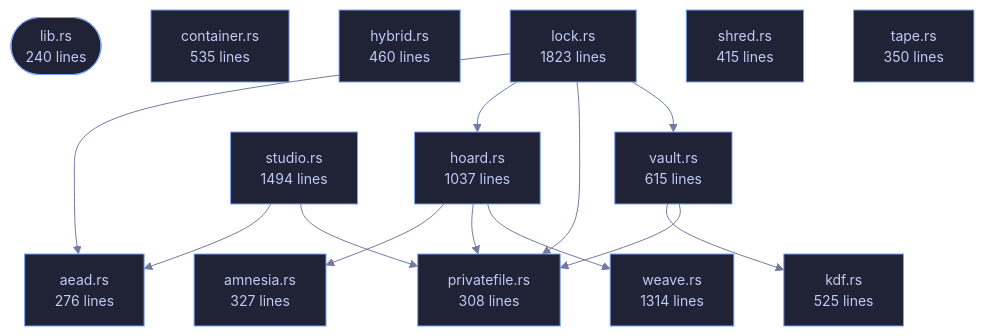
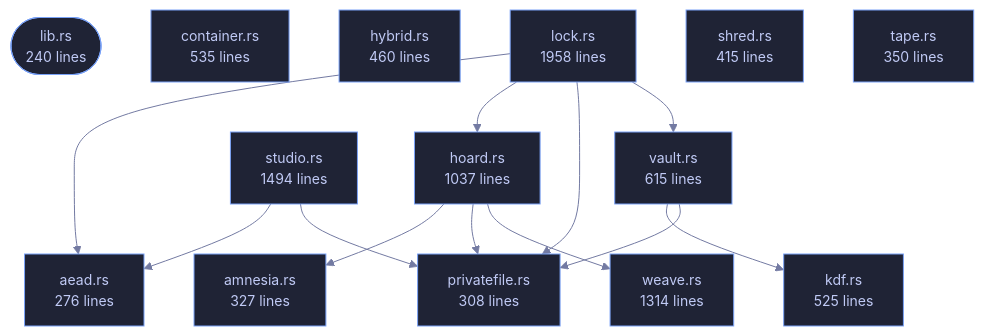
The diagram in crates/veilvoice-crypto/README.md (tilas01/veilvoice), drawn with Mermaid before and after one commit. The commit also changed other lines of this file and 59 other files, not shown here.

````diff
--- a/crates/veilvoice-crypto/README.md
+++ b/crates/veilvoice-crypto/README.md
@@ -108,43 +108,43 @@
 ```mermaid
 %%{init: {"theme":"base","themeVariables":{"background":"#1a1b26","primaryColor":"#1f2335","primaryTextColor":"#c0caf5","primaryBorderColor":"#7aa2f7","secondaryColor":"#16161e","tertiaryColor":"#16161e","lineColor":"#737aa2","textColor":"#c0caf5","mainBkg":"#1f2335","nodeBorder":"#7aa2f7","clusterBkg":"#16161e","clusterBorder":"#2f3549","fontFamily":"ui-monospace, SFMono-Regular, Consolas, monospace","fontSize":"14px"}}}%%
 flowchart TD
     n_lib(["lib.rs<br/>240 lines"])
     n_aead["aead.rs<br/>276 lines"]
     n_amnesia["amnesia.rs<br/>327 lines"]
     n_container["container.rs<br/>535 lines"]
     n_hoard["hoard.rs<br/>1037 lines"]
     n_hybrid["hybrid.rs<br/>460 lines"]
     n_kdf["kdf.rs<br/>525 lines"]
-    n_lock["lock.rs<br/>1823 lines"]
+    n_lock["lock.rs<br/>1958 lines"]
     n_privatefile["privatefile.rs<br/>308 lines"]
     n_shred["shred.rs<br/>415 lines"]
     n_studio["studio.rs<br/>1494 lines"]
     n_tape["tape.rs<br/>350 lines"]
     n_vault["vault.rs<br/>615 lines"]
     n_weave["weave.rs<br/>1314 lines"]
     n_hoard --> n_amnesia
     n_hoard --> n_privatefile
     n_hoard --> n_weave
     n_lock --> n_aead
     n_lock --> n_hoard
     n_lock --> n_privatefile
     n_lock --> n_vault
     n_studio --> n_aead
     n_studio --> n_privatefile
     n_vault --> n_kdf
     n_vault --> n_privatefile
     click n_lib href "https://github.com/tilas01/veilvoice/blob/main/crates/veilvoice-crypto/src/lib.rs" "open the source"
     click n_aead href "https://github.com/tilas01/veilvoice/blob/main/crates/veilvoice-crypto/src/aead.rs" "open the source"
     click n_amnesia href "https://github.com/tilas01/veilvoice/blob/main/crates/veilvoice-crypto/src/amnesia.rs" "open the source"
     click n_container href "https://github.com/tilas01/veilvoice/blob/main/crates/veilvoice-crypto/src/container.rs" "open the source"
     click n_hoard href "https://github.com/tilas01/veilvoice/blob/main/crates/veilvoice-crypto/src/hoard.rs" "open the source"
     click n_hybrid href "https://github.com/tilas01/veilvoice/blob/main/crates/veilvoice-crypto/src/hybrid.rs" "open the source"
     click n_kdf href "https://github.com/tilas01/veilvoice/blob/main/crates/veilvoice-crypto/src/kdf.rs" "open the source"
     click n_lock href "https://github.com/tilas01/veilvoice/blob/main/crates/veilvoice-crypto/src/lock.rs" "open the source"
     click n_privatefile href "https://github.com/tilas01/veilvoice/blob/main/crates/veilvoice-crypto/src/privatefile.rs" "open the source"
     click n_shred href "https://github.com/tilas01/veilvoice/blob/main/crates/veilvoice-crypto/src/shred.rs" "open the source"
     click n_studio href "https://github.com/tilas01/veilvoice/blob/main/crates/veilvoice-crypto/src/studio.rs" "open the source"
     click n_tape href "https://github.com/tilas01/veilvoice/blob/main/crates/veilvoice-crypto/src/tape.rs" "open the source"
     click n_vault href "https://github.com/tilas01/veilvoice/blob/main/crates/veilvoice-crypto/src/vault.rs" "open the source"
     click n_weave href "https://github.com/tilas01/veilvoice/blob/main/crates/veilvoice-crypto/src/weave.rs" "open the source"
 ```
````
